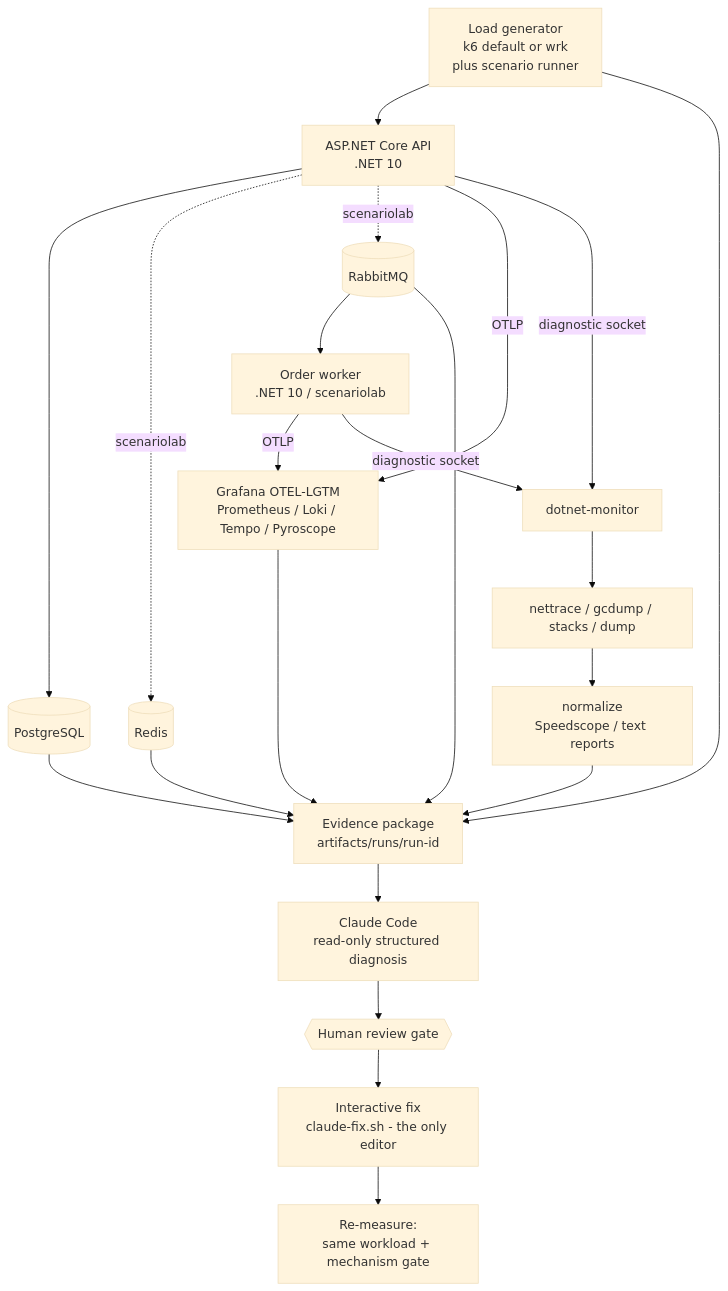
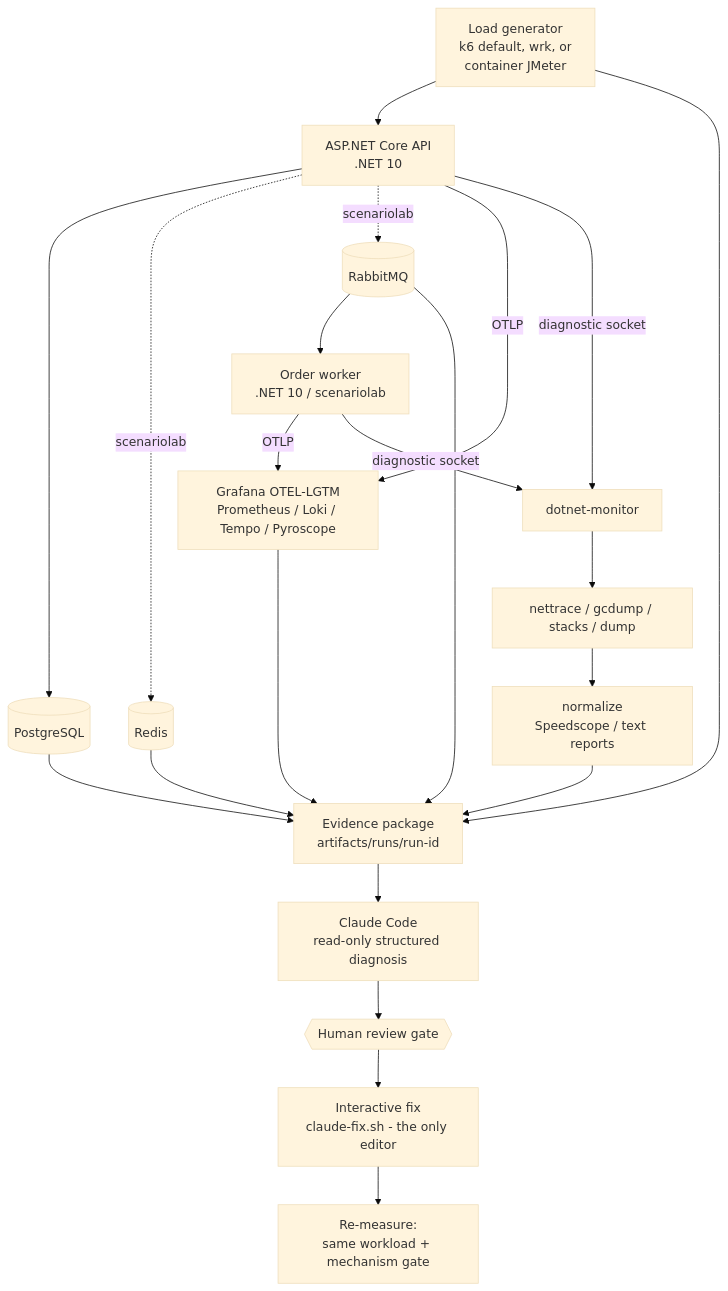
One commit to nilshah80/dotnet-perf-eng changed the diagram in README.md. Above: the diagram before and after it, drawn with Mermaid (base theme). The commit also changed other lines of this file and 26 other files, not shown here.

First line of the commit message:
Add container JMeter load generation and runtime diagnostic campaigns.

````diff
--- a/README.md
+++ b/README.md
@@ -26,27 +26,27 @@
 ```mermaid
 flowchart TD
-    LG["Load generator<br/>k6 default or wrk<br/>plus scenario runner"] --> API["ASP.NET Core API<br/>.NET 10"]
+    LG["Load generator<br/>k6 default, wrk, or<br/>container JMeter"] --> API["ASP.NET Core API<br/>.NET 10"]
     API --> PG[("PostgreSQL")]
     API -. scenariolab .-> REDIS[("Redis")]
     API -. scenariolab .-> RABBIT[("RabbitMQ")]
     RABBIT --> WORKER["Order worker<br/>.NET 10 / scenariolab"]
 
     API -- OTLP --> LGTM["Grafana OTEL-LGTM<br/>Prometheus / Loki / Tempo / Pyroscope"]
     WORKER -- OTLP --> LGTM
     API -- diagnostic socket --> MON["dotnet-monitor"]
     WORKER -- diagnostic socket --> MON
     MON --> RT["nettrace / gcdump / stacks / dump"]
 
     LG --> EV["Evidence package<br/>artifacts/runs/run-id"]
     LGTM --> EV
     PG --> EV
     REDIS --> EV
     RABBIT --> EV
     RT --> NORM["normalize<br/>Speedscope / text reports"]
     NORM --> EV
 
     EV --> CLAUDE["Claude Code<br/>read-only structured diagnosis"]
     CLAUDE --> GATE{{"Human review gate"}}
     GATE --> FIX["Interactive fix<br/>claude-fix.sh - the only editor"]
     FIX --> VAL["Re-measure:<br/>same workload + mechanism gate"]
 ```
````
